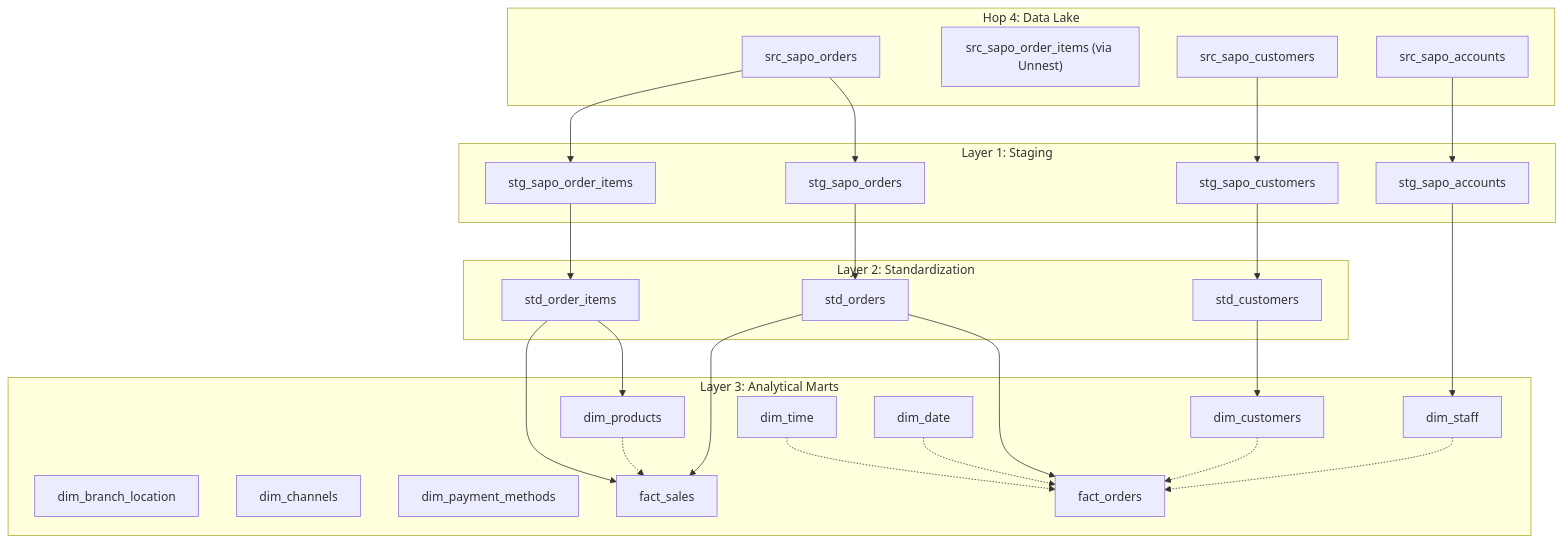
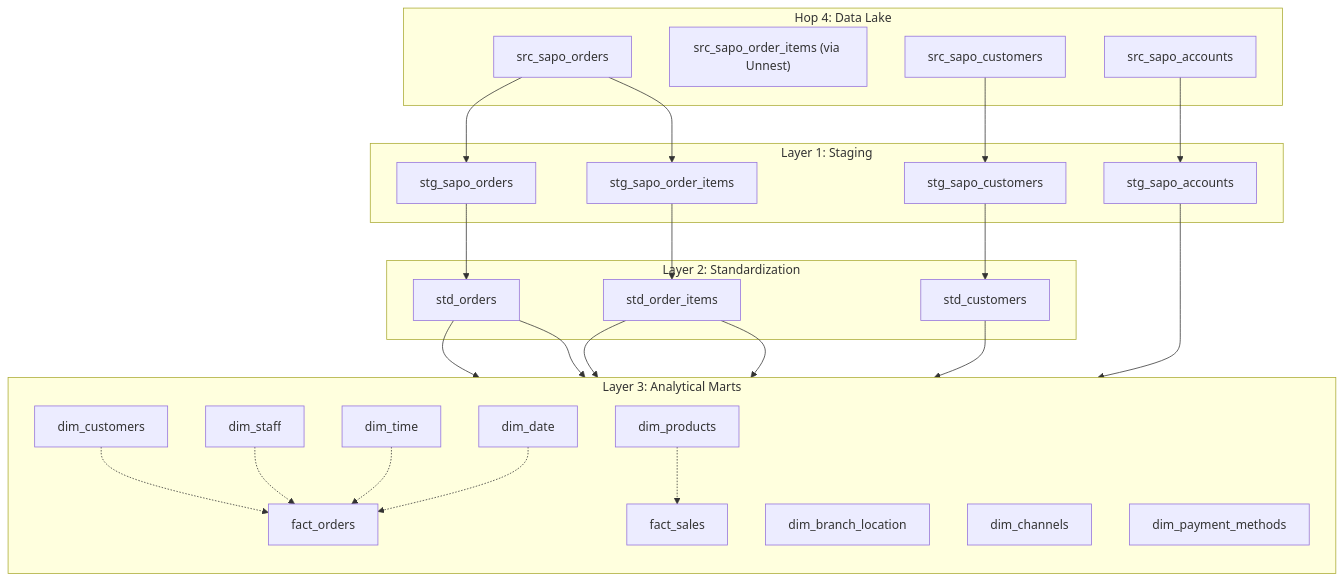
One commit to vantt/data-integration changed the diagram in transformation/docs/TRANSFORMATION_ARCHITECTURE.md. Above: the diagram before and after it, drawn with Mermaid. The commit also changed other lines of this file and 227 other files, not shown here.

````diff
--- a/transformation/docs/TRANSFORMATION_ARCHITECTURE.md
+++ b/transformation/docs/TRANSFORMATION_ARCHITECTURE.md
@@ -9,68 +9,71 @@
 ```mermaid
 graph TD
     %% Source Layer (Hop 4)
     subgraph Raw_Lake [Hop 4: Data Lake]
         src_orders[src_sapo_orders]
         src_items["src_sapo_order_items (via Unnest)"]
         src_cust[src_sapo_customers]
         src_acc[src_sapo_accounts]
     end
 
     %% Staging Layer (Hop 5 - Cleaning)
     subgraph Staging [Layer 1: Staging]
         stg_orders[stg_sapo_orders]
         stg_items[stg_sapo_order_items]
         stg_cust[stg_sapo_customers]
         stg_acc[stg_sapo_accounts]
 
         src_orders --> stg_orders
         src_orders --> stg_items
         src_cust --> stg_cust
         src_acc --> stg_acc
     end
 
     %% Standard Layer (Hop 5 - Gold Standard)
     subgraph Standard [Layer 2: Standardization]
         std_orders[std_orders]
         std_items[std_order_items]
         std_cust[std_customers]
 
         stg_orders --> std_orders
         stg_items --> std_items
         stg_cust --> std_cust
     end
 
     %% Marts Layer (Hop 6 - Serving)
     subgraph Marts [Layer 3: Analytical Marts]
-        %% Dimensions
+        direction TB
+        %% Dimensions (Incremental)
         dim_cust[dim_customers]
         dim_prod[dim_products]
+
+        %% Dimensions (Static/Type 1)
         dim_staff[dim_staff]
         dim_time[dim_time]
         dim_date[dim_date]
         dim_loc[dim_branch_location]
         dim_chan[dim_channels]
         dim_pay[dim_payment_methods]
 
-        %% Facts
+        %% Facts (Incremental)
         fact_orders[fact_orders]
         fact_sales[fact_sales]
 
         %% Dependencies
         std_cust --> dim_cust
         std_items --> dim_prod
         stg_acc --> dim_staff
 
         %% Fact Construction
         std_orders --> fact_orders
         std_orders --> fact_sales
         std_items --> fact_sales
 
         %% Joins for Facts (Conceptual)
         dim_cust -.-> fact_orders
         dim_staff -.-> fact_orders
         dim_prod -.-> fact_sales
         dim_time -.-> fact_orders
         dim_date -.-> fact_orders
     end
 ```
````
